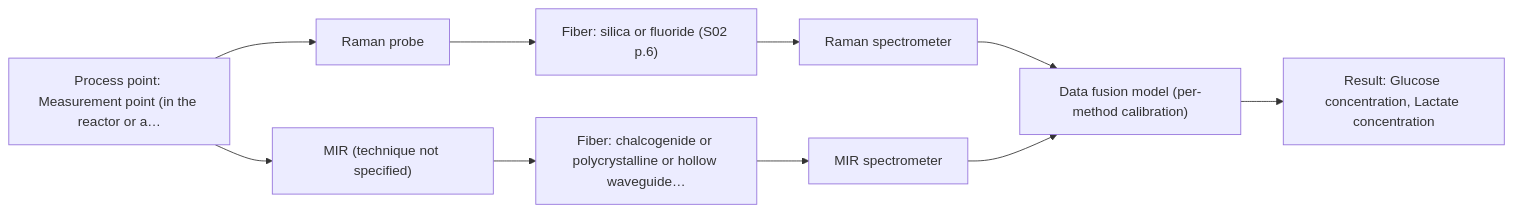
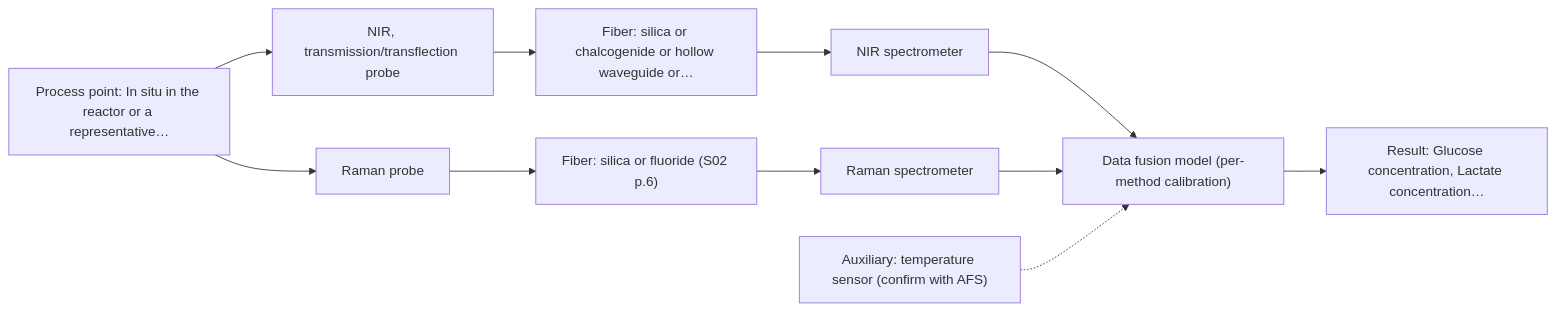
The second of 2 diagrams in outputs/dev/D04.md (sleipnir029/Afs-Spectroscopy-Assistant), drawn with Mermaid before and after one commit. The commit also changed other lines of this file and 41 other files, not shown here.

````diff
--- a/outputs/dev/D04.md
+++ b/outputs/dev/D04.md
@@ -93,21 +97,23 @@
 ```mermaid
 flowchart LR
-    proc["Process point: Measurement point (in the reactor or a…"]
-    probe1["Raman probe"]
-    fiber1["Fiber: silica or fluoride (S02 p.6)"]
-    spec1["Raman spectrometer"]
-    probe2["MIR (technique not specified)"]
-    fiber2["Fiber: chalcogenide or polycrystalline or hollow waveguide…"]
-    spec2["MIR spectrometer"]
+    proc["Process point: In situ in the reactor or a representative…"]
+    probe1["NIR, transmission/transflection probe"]
+    fiber1["Fiber: silica or chalcogenide or hollow waveguide or…"]
+    spec1["NIR spectrometer"]
+    probe2["Raman probe"]
+    fiber2["Fiber: silica or fluoride (S02 p.6)"]
+    spec2["Raman spectrometer"]
     model["Data fusion model (per-method calibration)"]
-    result["Result: Glucose concentration, Lactate concentration"]
+    result["Result: Glucose concentration, Lactate concentration…"]
+    aux1["Auxiliary: temperature sensor (confirm with AFS)"]
     proc --> probe1
     probe1 --> fiber1
     fiber1 --> spec1
     spec1 --> model
     proc --> probe2
     probe2 --> fiber2
     fiber2 --> spec2
     spec2 --> model
     model --> result
+    aux1 -.-> model
 ```
````
